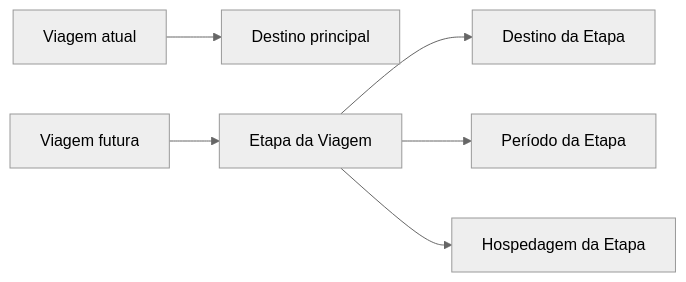
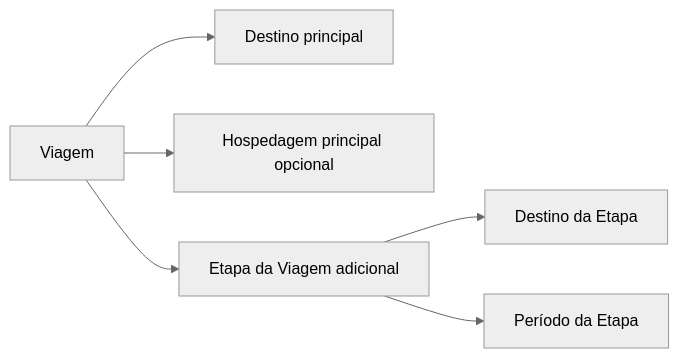
Before and after one commit to collapsy/Routebook: diagram 17 of 17 in docs/domain/domain-model.md, drawn with Mermaid (neutral theme). The commit also changed other lines of this file and 34 other files, not shown here.

````diff
--- a/docs/domain/domain-model.md
+++ b/docs/domain/domain-model.md
@@ -3042,18 +3045,15 @@
 ```mermaid
 flowchart LR
-    CurrentTrip["Viagem atual"]
-    CurrentDestination["Destino principal"]
-
-    FutureTrip["Viagem futura"]
-    Stage["Etapa da Viagem"]
+    Trip["Viagem"]
+    PrimaryDestination["Destino principal"]
+    PrimaryAccommodation["Hospedagem principal opcional"]
+    Stage["Etapa da Viagem adicional"]
     StageDestination["Destino da Etapa"]
     StagePeriod["Período da Etapa"]
-    StageAccommodation["Hospedagem da Etapa"]
 
-    CurrentTrip --> CurrentDestination
-
-    FutureTrip --> Stage
+    Trip --> PrimaryDestination
+    Trip --> PrimaryAccommodation
+    Trip --> Stage
     Stage --> StageDestination
     Stage --> StagePeriod
-    Stage --> StageAccommodation
 ```
````
